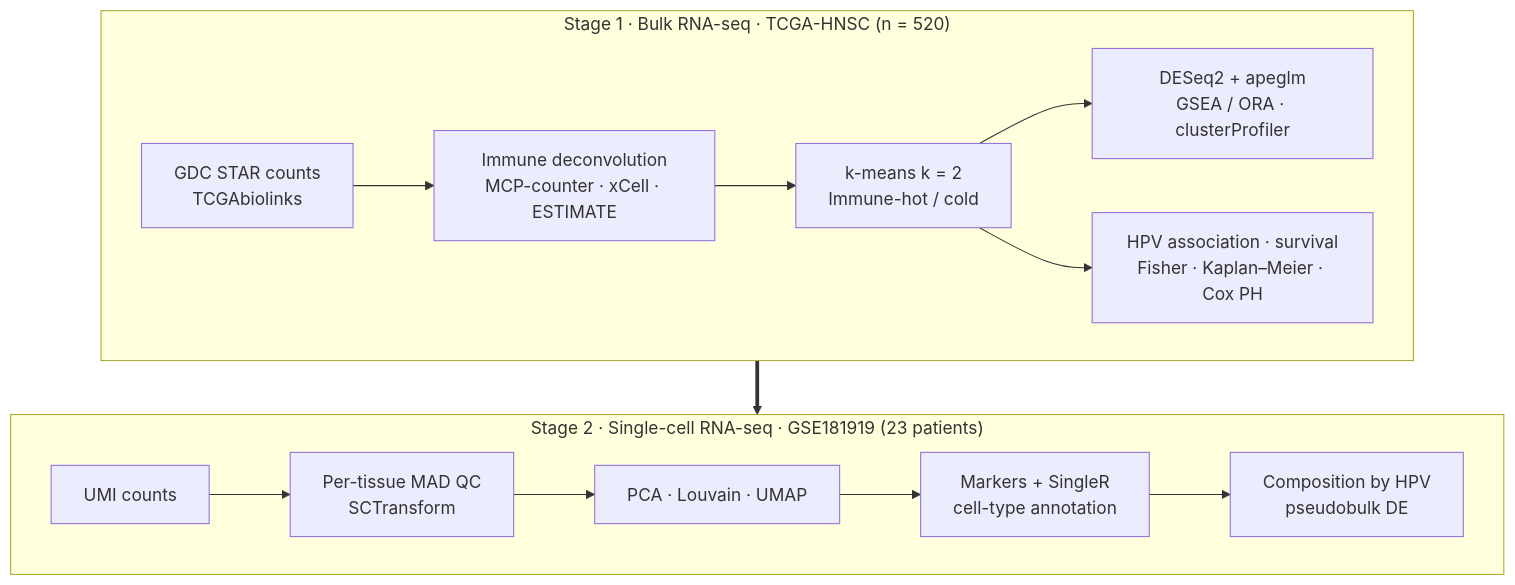
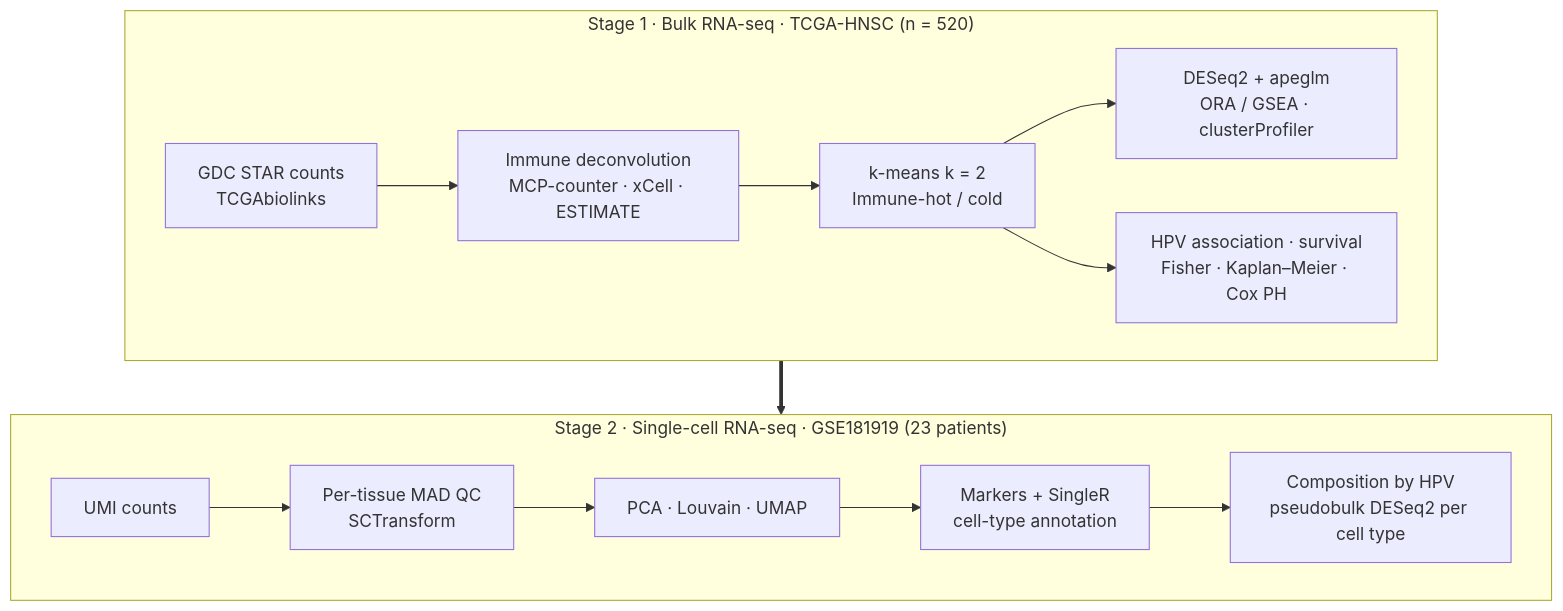
The diagram in README.md (bichngochuynh/head-neck-cancer-transcriptomics-analysis-by-R), drawn with Mermaid before and after one commit. The commit also changed other lines of this file, not shown here.

Commit message:
Align methods across repos: pseudobulk DESeq2 per cell type; remove unused MAST

````diff
--- a/README.md
+++ b/README.md
@@ -29,18 +29,18 @@
 ```mermaid
 flowchart TB
     subgraph BULK["Stage 1 · Bulk RNA-seq · TCGA-HNSC (n = 520)"]
         direction LR
         A[GDC STAR counts<br/>TCGAbiolinks] --> B[Immune deconvolution<br/>MCP-counter · xCell · ESTIMATE]
         B --> C[k-means k = 2<br/>Immune-hot / cold]
-        C --> D[DESeq2 + apeglm<br/>GSEA / ORA · clusterProfiler]
+        C --> D[DESeq2 + apeglm<br/>ORA / GSEA · clusterProfiler]
         C --> E[HPV association · survival<br/>Fisher · Kaplan–Meier · Cox PH]
     end
     subgraph SC["Stage 2 · Single-cell RNA-seq · GSE181919 (23 patients)"]
         direction LR
         F[UMI counts] --> G[Per-tissue MAD QC<br/>SCTransform]
         G --> H[PCA · Louvain · UMAP]
         H --> I[Markers + SingleR<br/>cell-type annotation]
-        I --> J[Composition by HPV<br/>pseudobulk DE]
+        I --> J[Composition by HPV<br/>pseudobulk DESeq2 per cell type]
     end
     BULK ==> SC
 ```
````
